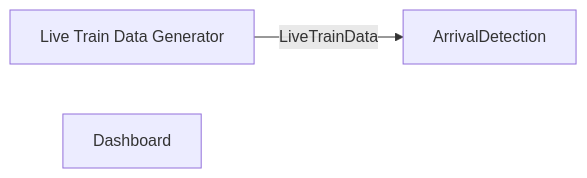
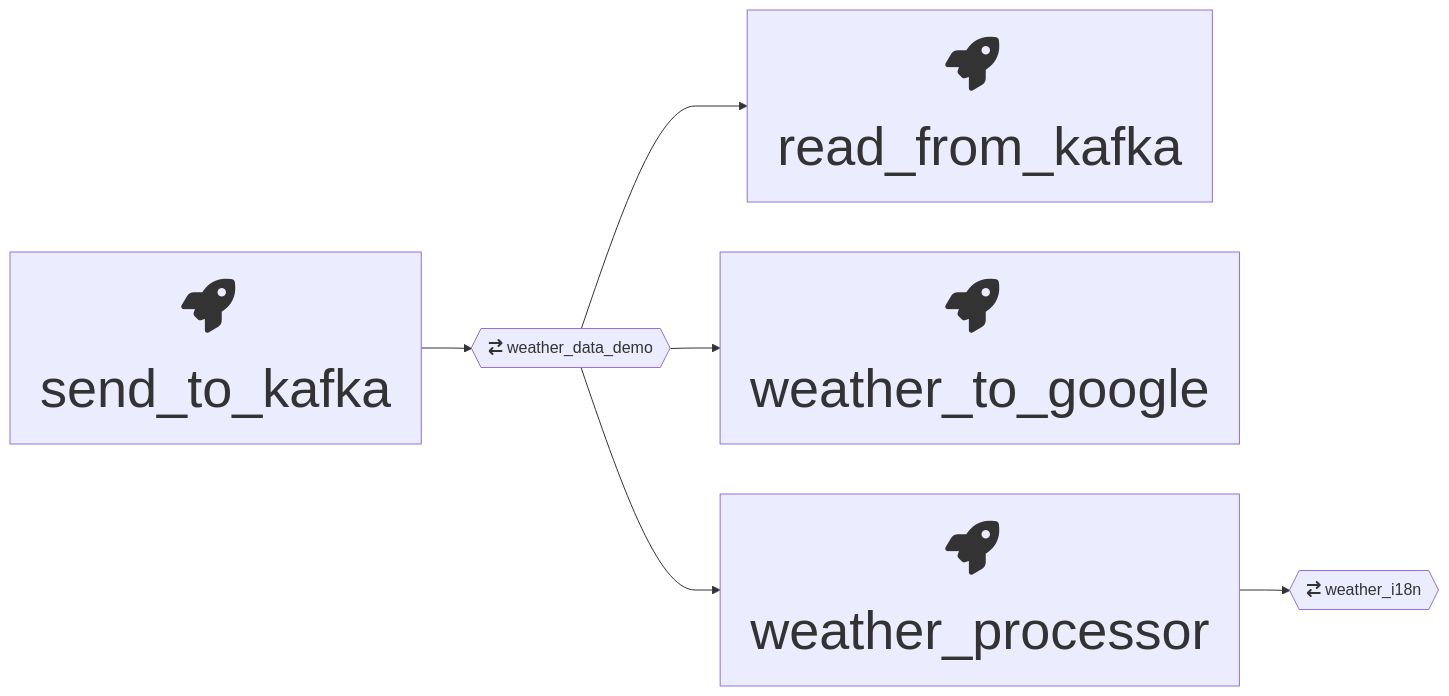
One commit to luisquix/GoogleTransit changed the diagram in pipeline.md. Above: the diagram before and after it, drawn with Mermaid.

````diff
--- a/pipeline.md
+++ b/pipeline.md
@@ -1,7 +1,15 @@
 ```mermaid
 %%{ init: { 'flowchart': { 'curve': 'monotoneX' } } }%%
+
 graph LR;
-Live_Train_Data_Generator[Live Train Data Generator] -->|LiveTrainData|ArrivalDetection[ArrivalDetection];
-Dashboard[Dashboard]
+send_to_kafka[fa:fa-rocket send_to_kafka] -->weather_data_demo{{ fa:fa-arrow-right-arrow-left weather_data_demo }}:::topic ;
 
+weather_data_demo -->read_from_kafka[fa:fa-rocket read_from_kafka];
+weather_data_demo -->weather_to_google[fa:fa-rocket weather_to_google];
+weather_data_demo -->weather_processor[fa:fa-rocket weather_processor];
+
+weather_processor[fa:fa-rocket weather_processor] --> weather_i18n{{ fa:fa-arrow-right-arrow-left weather_i18n }}:::topic ;
+
+classDef default font-size:150%;
+classDef topic font-size:100%;
 ```
````
